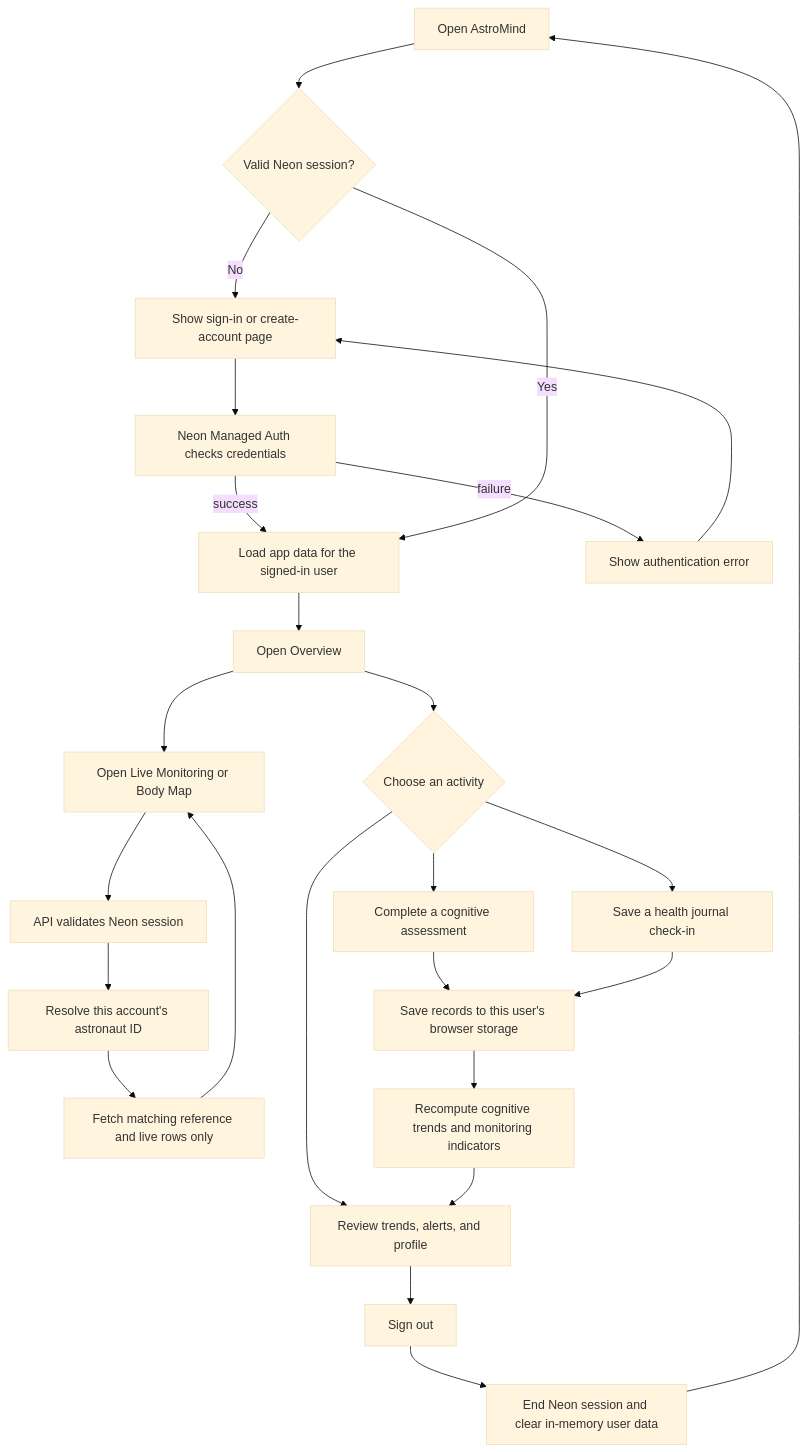
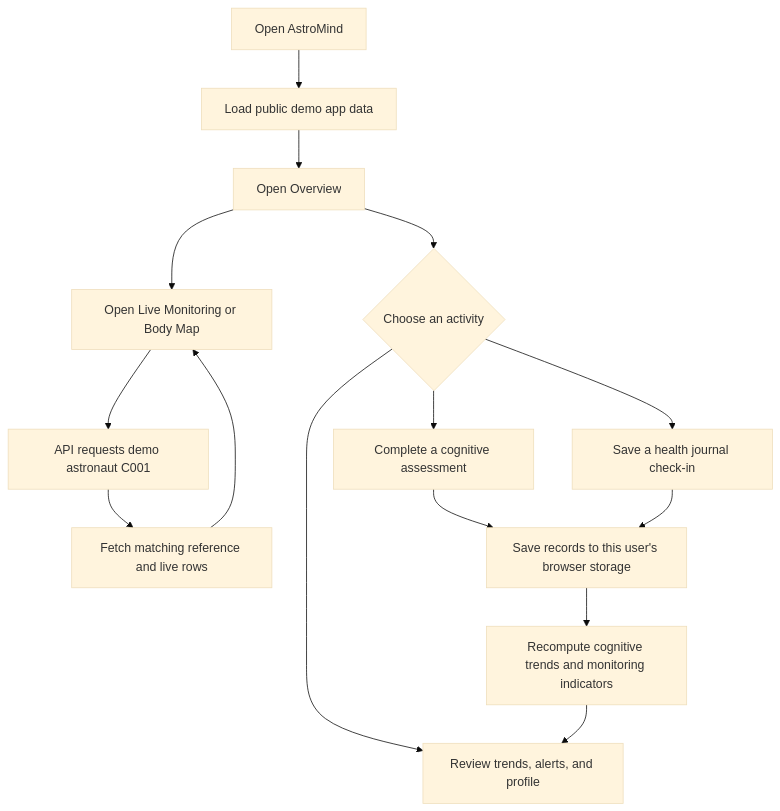
Before and after one commit to Bhakti-Ruparel/Astronaut-Health-Problems: the second of 2 diagrams in ARCHITECTURE_WORKFLOW.md, drawn with Mermaid (base theme). The commit also changed other lines of this file and 18 other files, not shown here.

Commit message:
Remove credential login for public demo

````diff
--- a/ARCHITECTURE_WORKFLOW.md
+++ b/ARCHITECTURE_WORKFLOW.md
@@ -43,27 +39,17 @@
 ```mermaid
 flowchart TD
-    START[Open AstroMind] --> SESSION{Valid Neon session?}
-    SESSION -- No --> SIGNIN[Show sign-in or create-account page]
-    SIGNIN --> NEON[Neon Managed Auth checks credentials]
-    NEON -->|success| LOAD
-    NEON -->|failure| ERROR[Show authentication error]
-    ERROR --> SIGNIN
-    SESSION -- Yes --> LOAD[Load app data for the signed-in user]
+    START[Open AstroMind] --> LOAD[Load public demo app data]
     LOAD --> HOME[Open Overview]
     HOME --> MONITOR[Open Live Monitoring or Body Map]
-    MONITOR --> API[API validates Neon session]
-    API --> MAP[Resolve this account's astronaut ID]
-    MAP --> FILTER[Fetch matching reference and live rows only]
+    MONITOR --> API[API requests demo astronaut C001]
+    API --> FILTER[Fetch matching reference and live rows]
     FILTER --> MONITOR
     HOME --> ACT{Choose an activity}
     ACT --> TEST[Complete a cognitive assessment]
     ACT --> JOURNAL[Save a health journal check-in]
     ACT --> VIEW[Review trends, alerts, and profile]
     TEST --> SAVE[Save records to this user's browser storage]
     JOURNAL --> SAVE
     SAVE --> ANALYZE[Recompute cognitive trends and monitoring indicators]
     ANALYZE --> VIEW
-    VIEW --> SIGNOUT[Sign out]
-    SIGNOUT --> CLEAR[End Neon session and clear in-memory user data]
-    CLEAR --> START
 ```
````
